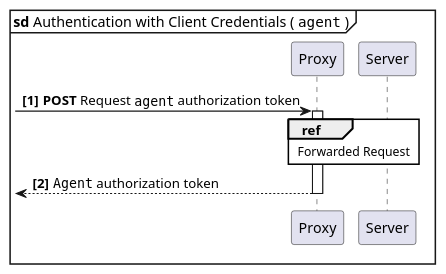
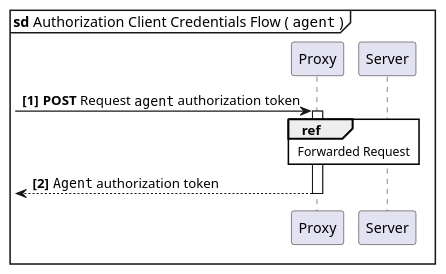
One commit to guddii/SEACT changed the diagram in docs/resources/diagrams/sd_Authentication_with_Client_Credentials.puml. Above: the diagram before and after it, drawn with PlantUML. The commit also changed 11 other files, not shown here.

```diff
--- a/docs/resources/diagrams/sd_Authentication_with_Client_Credentials.puml
+++ b/docs/resources/diagrams/sd_Authentication_with_Client_Credentials.puml
@@ -1,15 +1,15 @@
 @startuml
 'https://plantuml.com/sequence-diagram
 
 skinparam sequenceReferenceBackgroundColor white
 
-mainframe **sd** Authentication with Client Credentials ( ""agent"" )
+mainframe **sd** Authorization Client Credentials Flow ( ""agent"" )
 autonumber 1 1 "<b>[0]"
 
 participant "Proxy" as Proxy
 participant "Server" as Server
 
     [->     Proxy       ++  : **POST** Request ""agent"" authorization token
 ref over Proxy, Server      : Forwarded Request
     [<--    Proxy       --  : ""Agent"" authorization token
 @enduml
```
